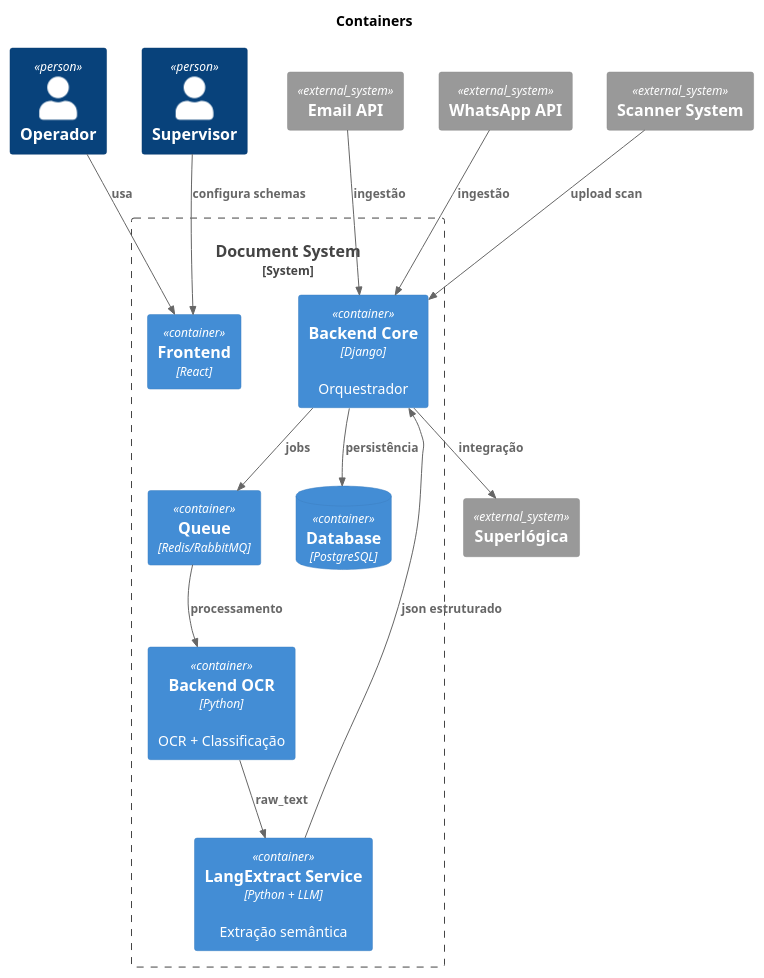
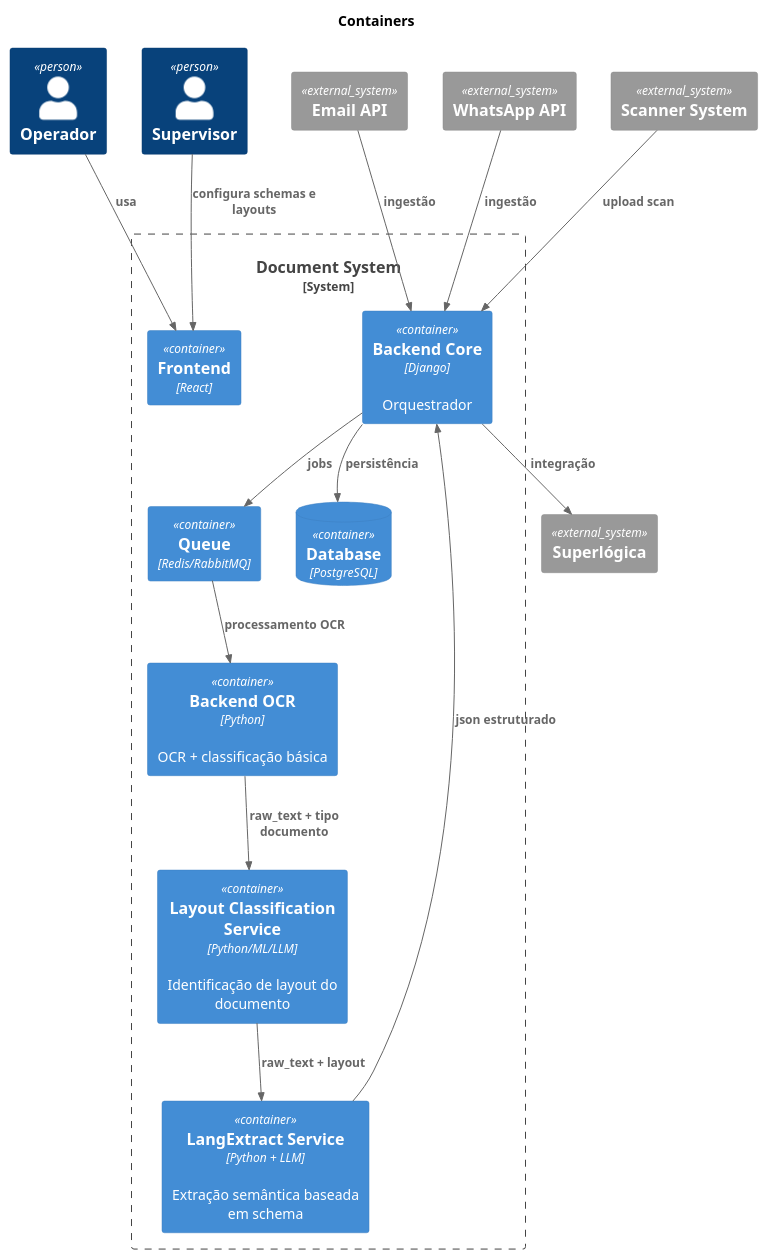
One commit to InnoVoxAI/docuparser changed the diagram in docs/specs/containers.puml. Above: the diagram before and after it, drawn with PlantUML. The commit also changed 3 other files, not shown here.

```diff
--- a/docs/specs/containers.puml
+++ b/docs/specs/containers.puml
@@ -1,39 +1,42 @@
 @startuml
 !includeurl https://raw.githubusercontent.com/plantuml-stdlib/C4-PlantUML/master/C4_Container.puml
 
 title Containers
 
 Person(operator, "Operador")
 Person(supervisor, "Supervisor")
 
 System_Boundary(system, "Document System") {
 
     Container(frontend, "Frontend", "React")
     Container(core, "Backend Core", "Django", "Orquestrador")
-    Container(ocr, "Backend OCR", "Python", "OCR + Classificação")
-    Container(langextract, "LangExtract Service", "Python + LLM", "Extração semântica")
+    Container(ocr, "Backend OCR", "Python", "OCR + classificação básica")
+    Container(layout, "Layout Classification Service", "Python/ML/LLM", "Identificação de layout do documento")
+    Container(langextract, "LangExtract Service", "Python + LLM", "Extração semântica baseada em schema")
     Container(queue, "Queue", "Redis/RabbitMQ")
     ContainerDb(db, "Database", "PostgreSQL")
 }
 
 System_Ext(email, "Email API")
 System_Ext(whatsapp, "WhatsApp API")
 System_Ext(scanner, "Scanner System")
 System_Ext(superlogica, "Superlógica")
 
 Rel(operator, frontend, "usa")
-Rel(supervisor, frontend, "configura schemas")
+Rel(supervisor, frontend, "configura schemas e layouts")
 
 Rel(email, core, "ingestão")
 Rel(whatsapp, core, "ingestão")
 Rel(scanner, core, "upload scan")
 
 Rel(core, queue, "jobs")
-Rel(queue, ocr, "processamento")
-Rel(ocr, langextract, "raw_text")
+
+Rel(queue, ocr, "processamento OCR")
+Rel(ocr, layout, "raw_text + tipo documento")
+Rel(layout, langextract, "raw_text + layout")
 Rel(langextract, core, "json estruturado")
 
 Rel(core, db, "persistência")
 Rel(core, superlogica, "integração")
 
 @enduml
```
